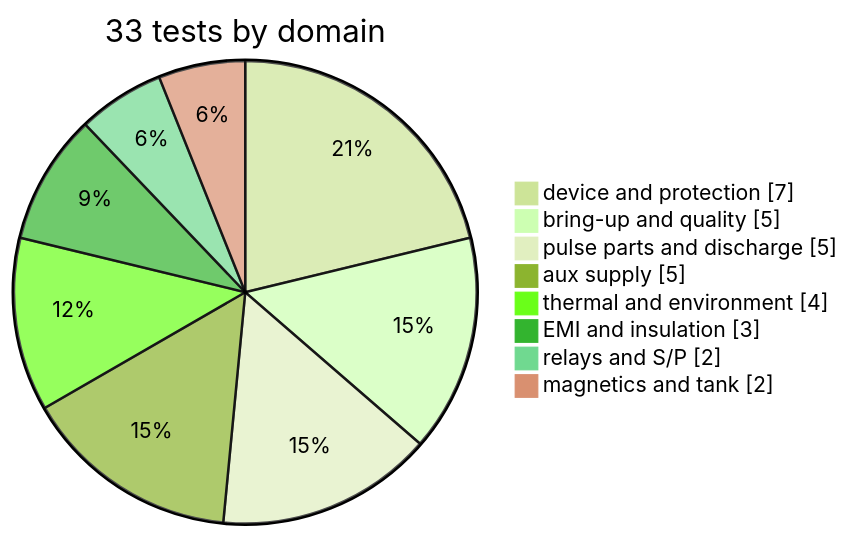
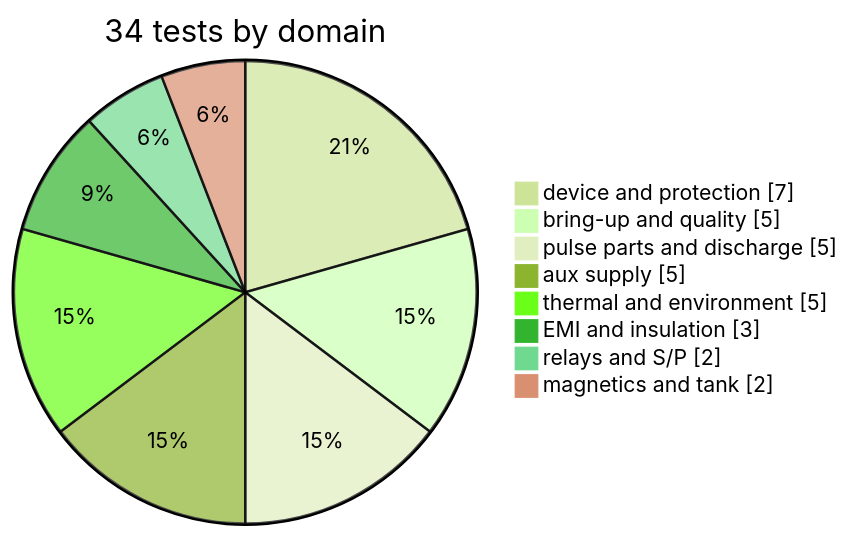
Before and after one commit to vectivolt/DC-Modules: the first of 2 diagrams in docs/evt-plan.md, drawn with Mermaid (forest theme). The commit also changed other lines of this file and 26 other files, not shown here.

````diff
--- a/docs/evt-plan.md
+++ b/docs/evt-plan.md
@@ -40,11 +40,11 @@
 ```mermaid
-pie showData title 33 tests by domain
+pie showData title 34 tests by domain
   "device and protection" : 7
   "bring-up and quality" : 5
   "pulse parts and discharge" : 5
   "aux supply" : 5
-  "thermal and environment" : 4
+  "thermal and environment" : 5
   "EMI and insulation" : 3
   "relays and S/P" : 2
   "magnetics and tank" : 2
 ```
````
